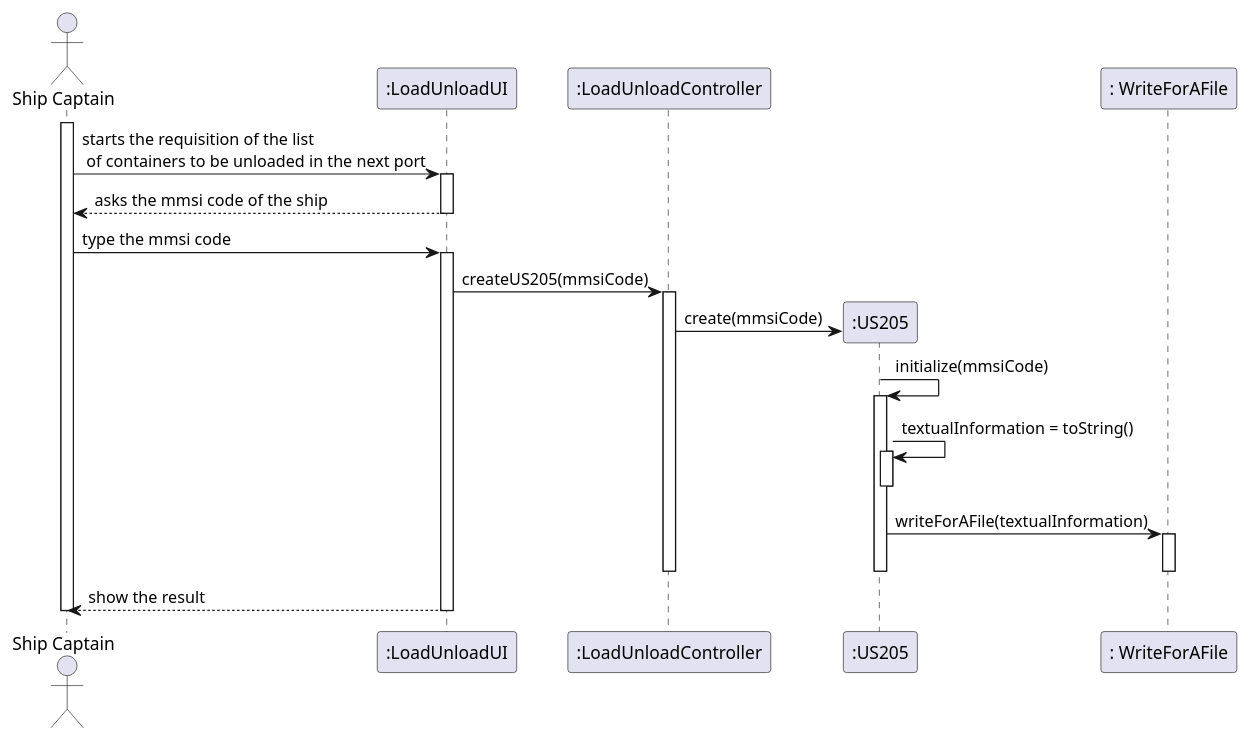
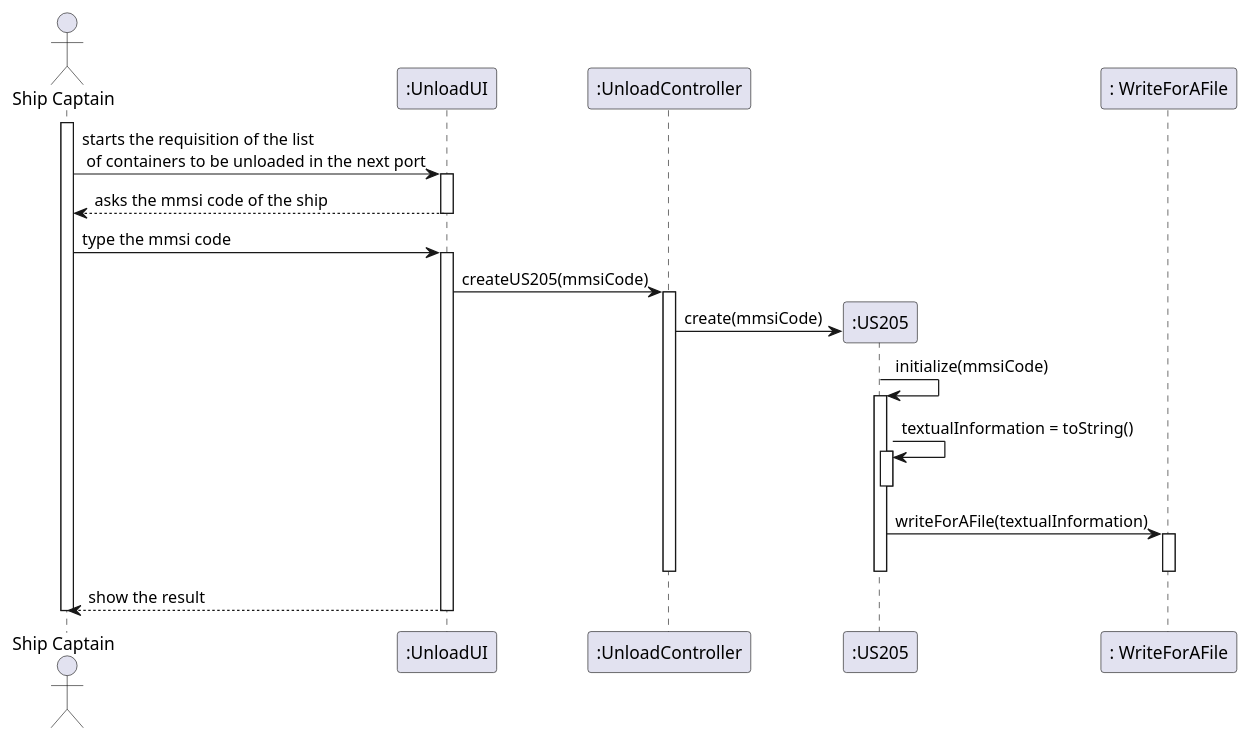
The diagram in docs/US205/US205_SD.puml (0franciscor/lapr3-2021-g042), drawn with PlantUML before and after one commit. The commit also changed 21 other files, not shown here.

```diff
--- a/docs/US205/US205_SD.puml
+++ b/docs/US205/US205_SD.puml
@@ -1,44 +1,44 @@
 @startuml
 'https://plantuml.com/class-diagram
 
 actor "Ship Captain" as SC
-participant ":LoadUnloadUI" as UI
-participant ":LoadUnloadController" as CT
+participant ":UnloadUI" as UI
+participant ":UnloadController" as CT
 participant ":US205" as US
 participant ": WriteForAFile" as WF
 
 
 
 activate SC
 SC -> UI : starts the requisition of the list \n of containers to be unloaded in the next port
 activate UI
 UI --> SC : asks the mmsi code of the ship
 deactivate UI
 SC -> UI : type the mmsi code
 
 
 activate UI
 UI->CT : createUS205(mmsiCode)
 activate CT
 
 
 CT -> US** : create(mmsiCode)
 
 US -> US: initialize(mmsiCode)
 activate US
 
 US -> US : textualInformation = toString()
 activate US
 deactivate US
 US -> WF : writeForAFile(textualInformation)
 
 activate WF
 deactivate WF
 
 deactivate US
 
 deactivate CT
 UI-->SC : show the result
 deactivate UI
 deactivate SC
 @enduml
```
